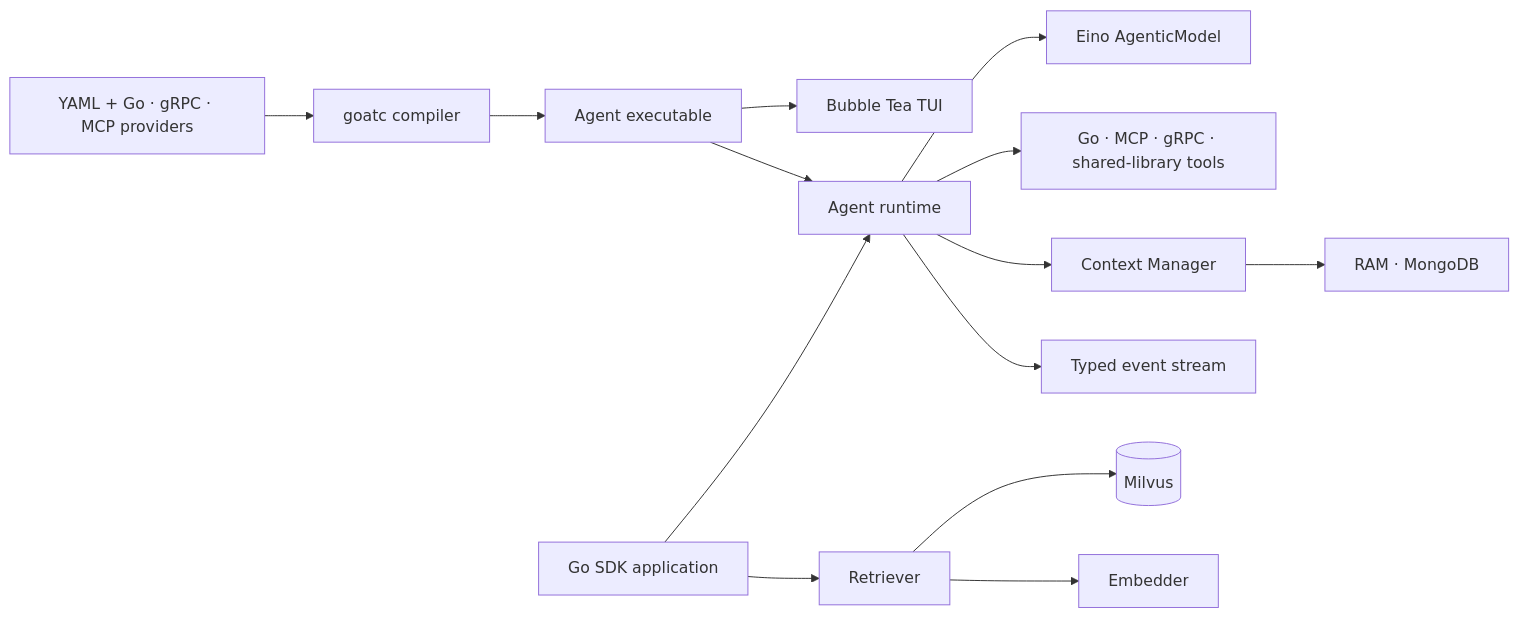
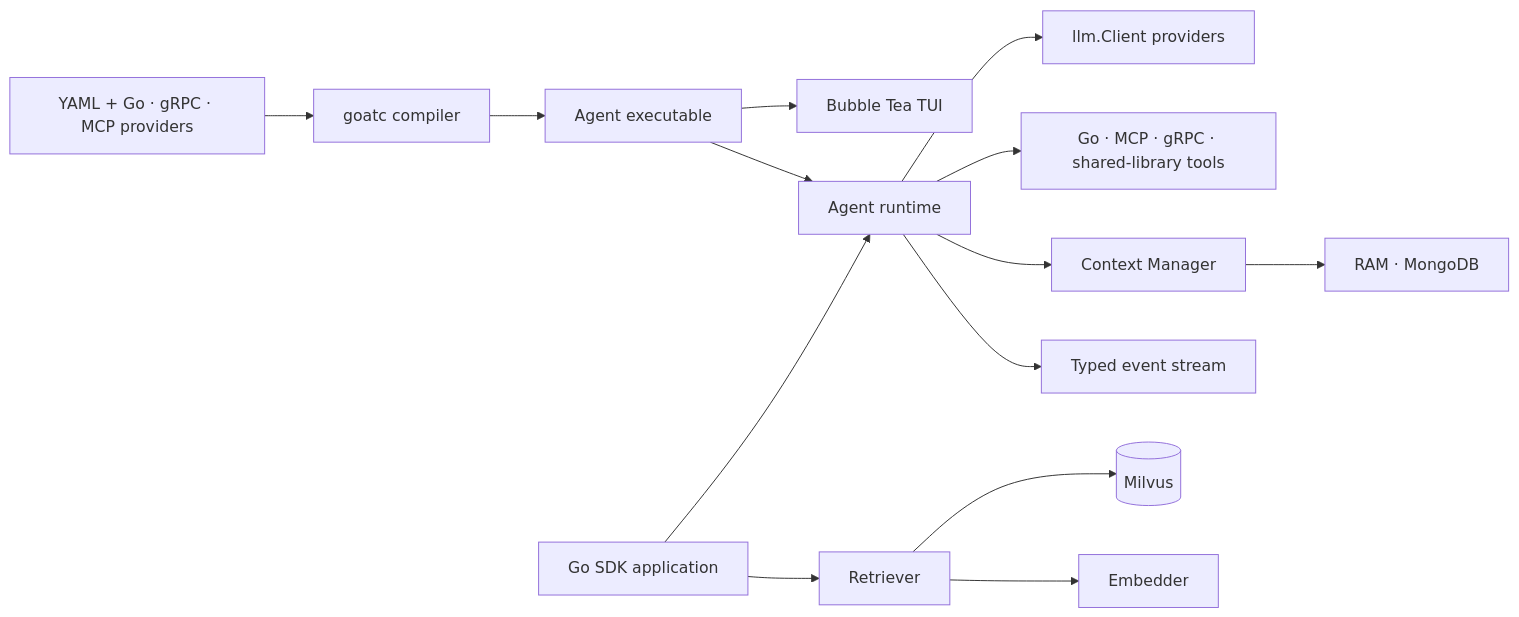
One commit to torrischen/goat changed the diagram in README.md. Above: the diagram before and after it, drawn with Mermaid. The commit also changed other lines of this file and 14 other files, not shown here.

````diff
--- a/README.md
+++ b/README.md
@@ -168,16 +168,16 @@
 ```mermaid
 flowchart LR
     Source[YAML + Go · gRPC · MCP providers] --> Goatc[goatc compiler]
     Goatc --> Binary[Agent executable]
     Binary --> TUI[Bubble Tea TUI]
     Binary --> Agent[Agent runtime]
     SDK[Go SDK application] --> Agent
-    Agent --> Model[Eino AgenticModel]
+    Agent --> Model[llm.Client providers]
     Agent --> Tools[Go · MCP · gRPC · shared-library tools]
     Agent --> Manager[Context Manager]
     Manager --> Store[RAM · MongoDB]
     Agent --> Events[Typed event stream]
     SDK --> Retriever[Retriever]
     Retriever --> Milvus[(Milvus)]
     Retriever --> Embedder[Embedder]
 ```
````
